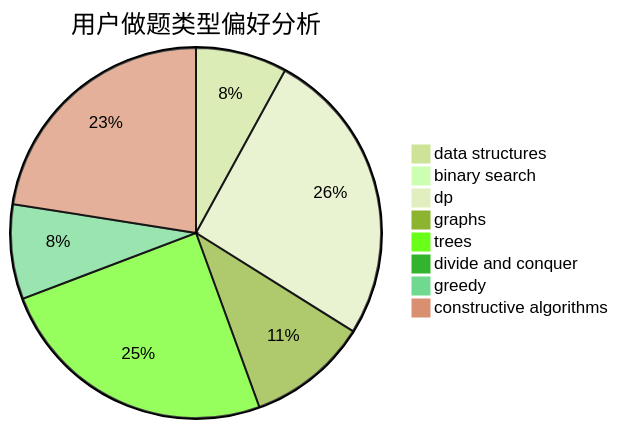
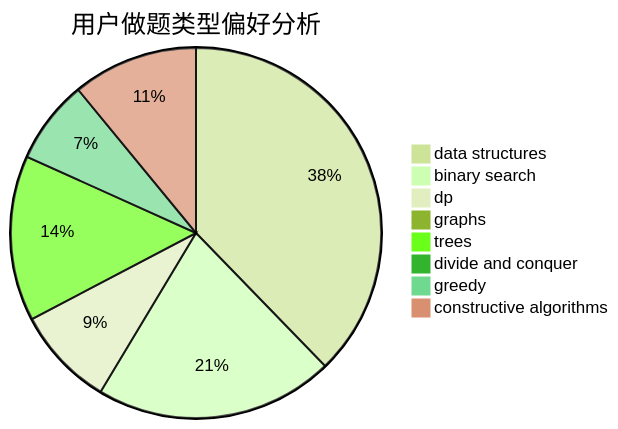
The second of 3 diagrams in docs/user/u1403.md (sherpahu/cfrs.github.io), drawn with Mermaid (forest theme) before and after one commit. The commit also changed other lines of this file and 2770 other files, not shown here.

````diff
--- a/docs/user/u1403.md
+++ b/docs/user/u1403.md
@@ -23,11 +23,11 @@
 ```mermaid
 pie title 用户做题类型偏好分析
-    "data structures" :  28
-    "binary search" :  0
-    "dp" :  91
-    "graphs" :  37
-    "trees" :  87
+    "data structures" :  217
+    "binary search" :  120
+    "dp" :  50
+    "graphs" :  3
+    "trees" :  83
     "divide and conquer" :  0
-    "greedy" :  29
-    "constructive algorithms" :  79
+    "greedy" :  42
+    "constructive algorithms" :  63
 ```
````
